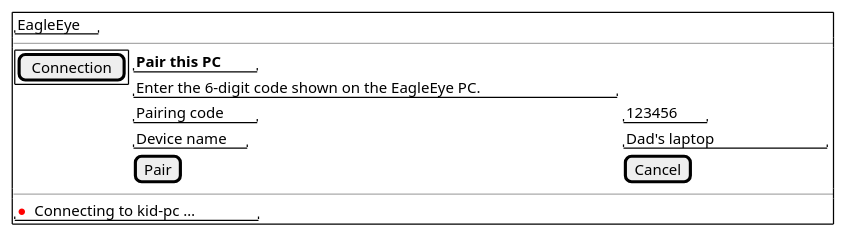
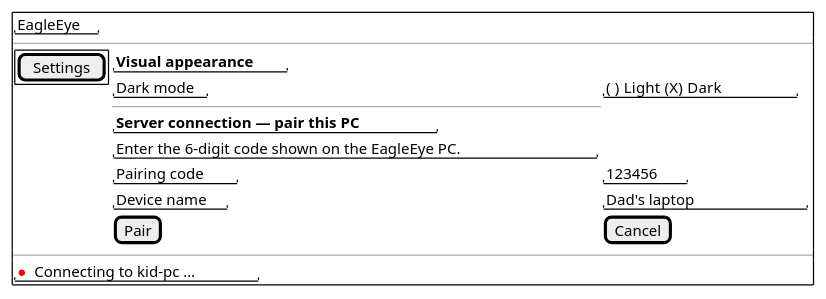
Before and after one commit to adlemich/EagleEye: the second of 5 diagrams in 02_Implementation/docs/requirements/user-stories/US-002/user-story.md, drawn with PlantUML. The commit also changed other lines of this file and 1 other file, not shown here.

First line of the commit message:
US-002: Settings page with Visual appearance (light/dark) and Server connection

````diff
--- a/02_Implementation/docs/requirements/user-stories/US-002/user-story.md
+++ b/02_Implementation/docs/requirements/user-stories/US-002/user-story.md
@@ -125,22 +134,25 @@
 ```plantuml
 @startsalt
 {+
   "EagleEye"
   ---
   {
     {+
-      [Connection]
+      [Settings]
     } |
     {
-      "<b>Pair this PC"
+      "<b>Visual appearance"
+      "Dark mode" | "( ) Light  (X) Dark"
+      ---
+      "<b>Server connection — pair this PC"
       "Enter the 6-digit code shown on the EagleEye PC."
       "Pairing code" | "123456  "
       "Device name"  | "Dad's laptop        "
       [Pair] | [Cancel]
     }
   }
   ---
   "<color:red>●</color> Connecting to kid-pc …"
 }
 @endsalt
 ```
````
